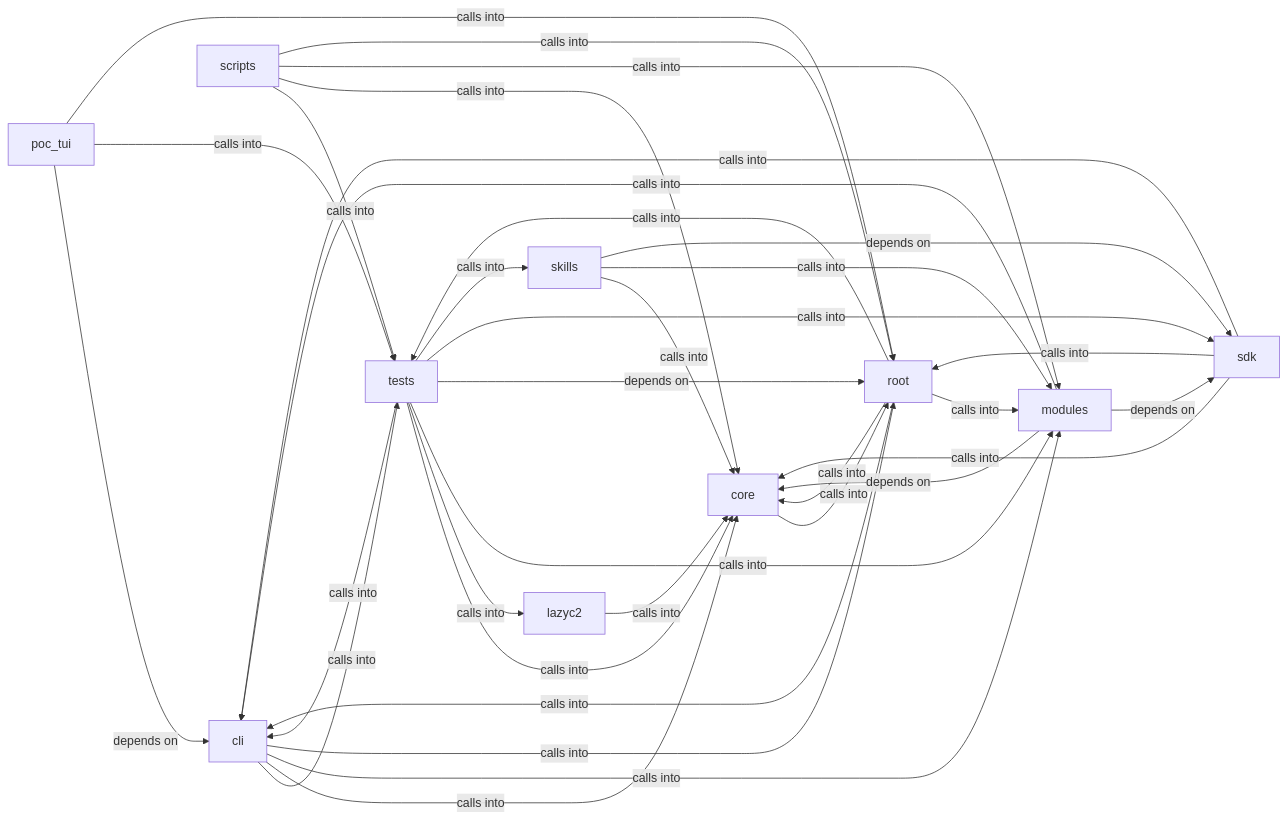
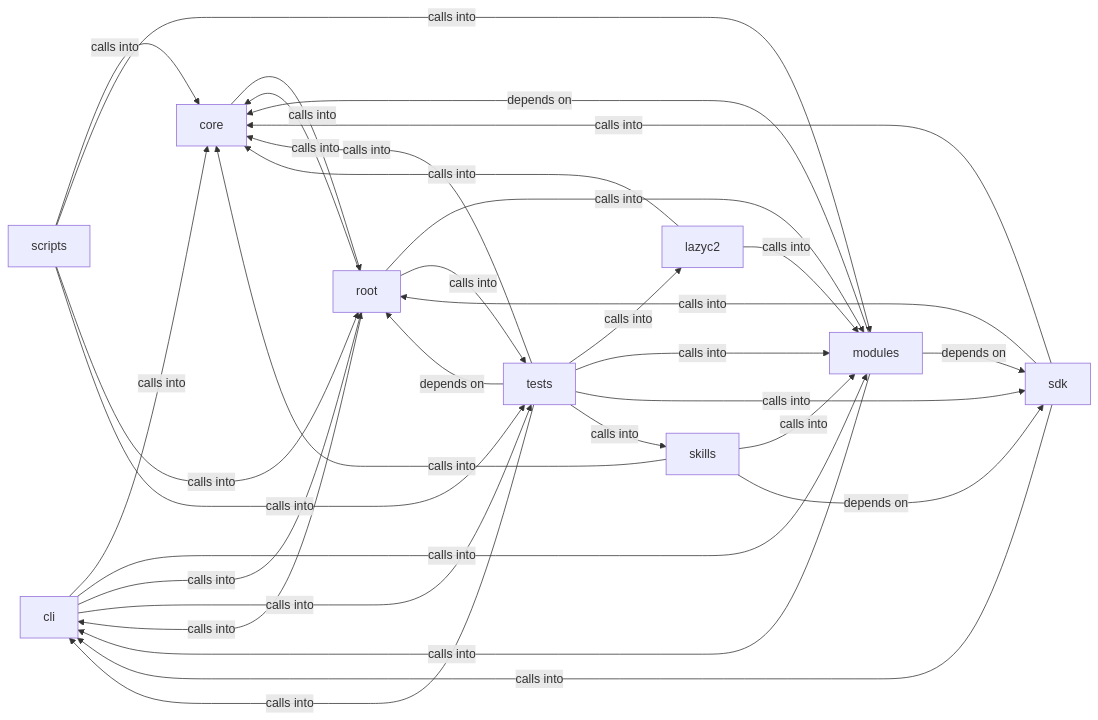
The diagram in readmenator-diagrams/modules_lazyown.md (grisuno/LazyOwn), drawn with Mermaid before and after one commit. The commit also changed other lines of this file and 300 other files, not shown here.

````diff
--- a/readmenator-diagrams/modules_lazyown.md
+++ b/readmenator-diagrams/modules_lazyown.md
@@ -5,46 +5,43 @@
 ```mermaid
 graph LR
     cli["cli"]
     core["core"]
     lazyc2["lazyc2"]
     modules["modules"]
-    poc_tui["poc_tui"]
     root["root"]
     scripts["scripts"]
     sdk["sdk"]
     skills["skills"]
     tests["tests"]
-    cli -- "calls into" --> tests
     cli -- "calls into" --> core
     cli -- "calls into" --> modules
     cli -- "calls into" --> root
+    cli -- "calls into" --> tests
+    core -- "calls into" --> root
+    lazyc2 -- "calls into" --> core
+    lazyc2 -- "calls into" --> modules
+    modules -- "calls into" --> cli
+    modules -- "depends on" --> core
+    modules -- "depends on" --> sdk
+    root -- "calls into" --> cli
+    root -- "calls into" --> core
+    root -- "calls into" --> modules
+    root -- "calls into" --> tests
+    scripts -- "calls into" --> core
+    scripts -- "calls into" --> modules
+    scripts -- "calls into" --> root
+    scripts -- "calls into" --> tests
+    sdk -- "calls into" --> cli
+    sdk -- "calls into" --> core
+    sdk -- "calls into" --> root
+    skills -- "calls into" --> core
+    skills -- "calls into" --> modules
+    skills -- "depends on" --> sdk
     tests -- "calls into" --> cli
     tests -- "calls into" --> core
     tests -- "calls into" --> lazyc2
     tests -- "calls into" --> modules
     tests -- "depends on" --> root
     tests -- "calls into" --> sdk
     tests -- "calls into" --> skills
-    core -- "calls into" --> root
-    lazyc2 -- "calls into" --> core
-    modules -- "calls into" --> cli
-    modules -- "depends on" --> core
-    modules -- "depends on" --> sdk
-    poc_tui -- "depends on" --> cli
-    poc_tui -- "calls into" --> tests
-    poc_tui -- "calls into" --> root
-    root -- "calls into" --> cli
-    root -- "calls into" --> tests
-    root -- "calls into" --> core
-    root -- "calls into" --> modules
-    scripts -- "calls into" --> tests
-    scripts -- "calls into" --> core
-    scripts -- "calls into" --> modules
-    scripts -- "calls into" --> root
-    sdk -- "calls into" --> cli
-    sdk -- "calls into" --> core
-    sdk -- "calls into" --> root
-    skills -- "calls into" --> core
-    skills -- "calls into" --> modules
-    skills -- "depends on" --> sdk
 ```
````
